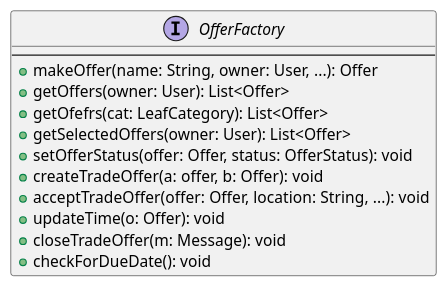
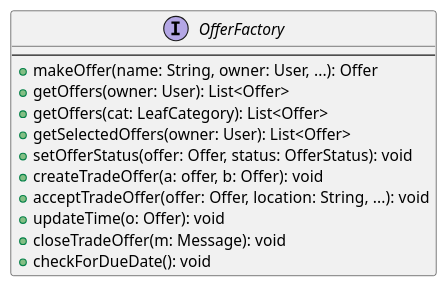
Before and after one commit to Matlice/ing_sw_2022: the diagram in presentazione/uml/solid.is.pre.puml, drawn with PlantUML.

```diff
--- a/presentazione/uml/solid.is.pre.puml
+++ b/presentazione/uml/solid.is.pre.puml
@@ -1,18 +1,18 @@
 @startuml
 
 
 interface OfferFactory{
     --
     + makeOffer(name: String, owner: User, ...): Offer
     + getOffers(owner: User): List<Offer>
-    + getOfefrs(cat: LeafCategory): List<Offer>
+    + getOffers(cat: LeafCategory): List<Offer>
     + getSelectedOffers(owner: User): List<Offer>
     + setOfferStatus(offer: Offer, status: OfferStatus): void
     + createTradeOffer(a: offer, b: Offer): void
     + acceptTradeOffer(offer: Offer, location: String, ...): void
     + updateTime(o: Offer): void
     + closeTradeOffer(m: Message): void
     + checkForDueDate(): void
 }
 
 @enduml
```
